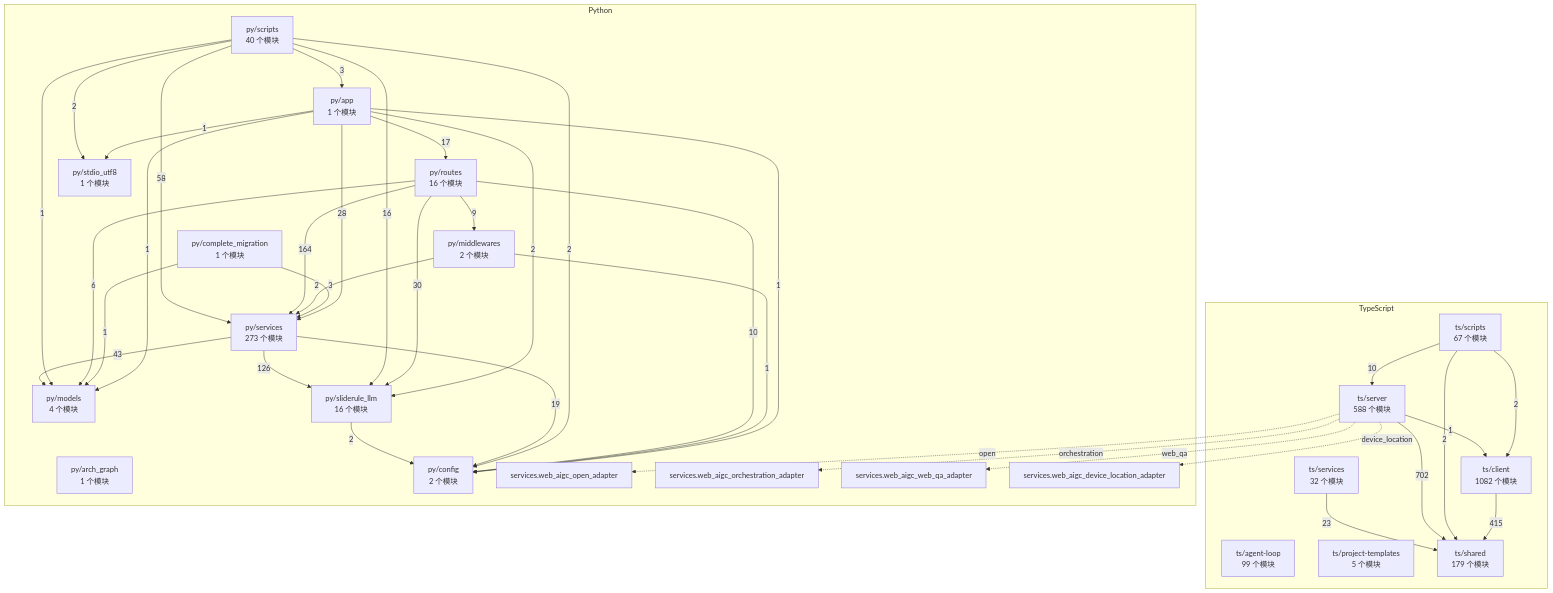
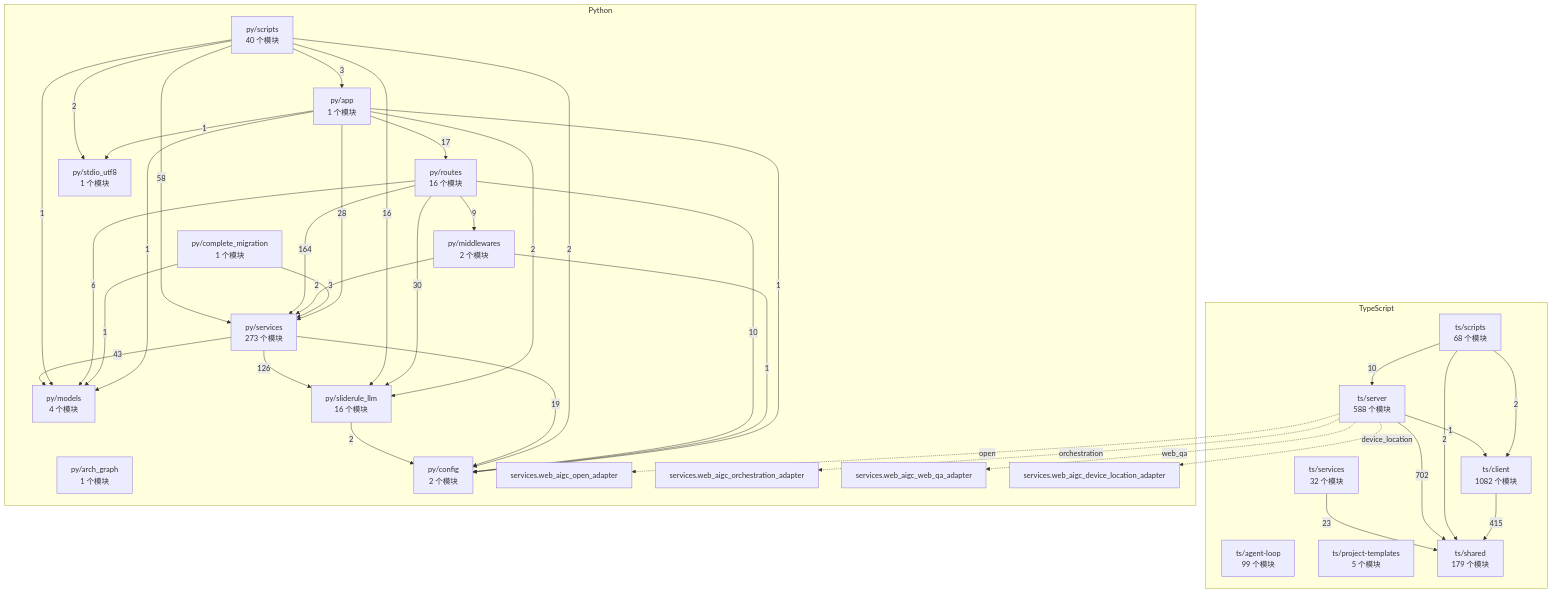
The diagram in docs/WhyBuddy 全仓架构图（自动生成）.md (2686521696/WhyBuddy), drawn with Mermaid before and after one commit. The commit also changed 2 other files, not shown here.

Commit message:
xdist 并行全量：工作进程各用各的临时库；CLAUDE.md 写上按改动选测试
第一次 pytest -n 4 跑全量 62 条红、串行全绿：主进程先导入 conftest 把临时
会话文件 / 应用库路径写进 os.environ，四个工作进程继承，setdefault 不动——
四个进程写同一个 sessions.json（invalid_json: Extra data），路由跟着 503。
工作进程里，凡是 conftest 在主进程给的临时路径（按前缀认），先拿掉再各建一份。
另补全仓架构图（上一笔只重生成了 TS 那份）。

Claude-Session: https://claude.ai/code/session_01QD8jrv1AptPUNK4yen91Gc

````diff
--- a/docs/WhyBuddy 全仓架构图（自动生成）.md
+++ b/docs/WhyBuddy 全仓架构图（自动生成）.md
@@ -14,65 +14,65 @@
 ```mermaid
 flowchart TB
   subgraph ts [TypeScript]
     ts_agent_loop["ts/agent-loop<br/>99 个模块"]
     ts_client["ts/client<br/>1082 个模块"]
     ts_project_templates["ts/project-templates<br/>5 个模块"]
-    ts_scripts["ts/scripts<br/>67 个模块"]
+    ts_scripts["ts/scripts<br/>68 个模块"]
     ts_server["ts/server<br/>588 个模块"]
     ts_services["ts/services<br/>32 个模块"]
     ts_shared["ts/shared<br/>179 个模块"]
   end
   subgraph py [Python]
     py_app["py/app<br/>1 个模块"]
     py_arch_graph["py/arch_graph<br/>1 个模块"]
     py_complete_migration["py/complete_migration<br/>1 个模块"]
     py_config["py/config<br/>2 个模块"]
     py_middlewares["py/middlewares<br/>2 个模块"]
     py_models["py/models<br/>4 个模块"]
     py_routes["py/routes<br/>16 个模块"]
     py_scripts["py/scripts<br/>40 个模块"]
     py_services["py/services<br/>273 个模块"]
     py_sliderule_llm["py/sliderule_llm<br/>16 个模块"]
     py_stdio_utf8["py/stdio_utf8<br/>1 个模块"]
     py_services_web_aigc_open_adapter["services.web_aigc_open_adapter"]
     py_services_web_aigc_orchestration_adapter["services.web_aigc_orchestration_adapter"]
     py_services_web_aigc_web_qa_adapter["services.web_aigc_web_qa_adapter"]
     py_services_web_aigc_device_location_adapter["services.web_aigc_device_location_adapter"]
   end
   ts_client -->|415| ts_shared
   ts_scripts -->|2| ts_client
   ts_scripts -->|10| ts_server
   ts_scripts -->|2| ts_shared
   ts_server -->|1| ts_client
   ts_server -->|702| ts_shared
   ts_services -->|23| ts_shared
   py_app -->|1| py_config
   py_app -->|1| py_models
   py_app -->|17| py_routes
   py_app -->|28| py_services
   py_app -->|2| py_sliderule_llm
   py_app -->|1| py_stdio_utf8
   py_complete_migration -->|1| py_models
   py_complete_migration -->|3| py_services
   py_middlewares -->|1| py_config
   py_middlewares -->|2| py_services
   py_routes -->|10| py_config
   py_routes -->|9| py_middlewares
   py_routes -->|6| py_models
   py_routes -->|164| py_services
   py_routes -->|30| py_sliderule_llm
   py_scripts -->|3| py_app
   py_scripts -->|2| py_config
   py_scripts -->|1| py_models
   py_scripts -->|58| py_services
   py_scripts -->|16| py_sliderule_llm
   py_scripts -->|2| py_stdio_utf8
   py_services -->|19| py_config
   py_services -->|43| py_models
   py_services -->|126| py_sliderule_llm
   py_sliderule_llm -->|2| py_config
   ts_server -.->|open| py_services_web_aigc_open_adapter
   ts_server -.->|orchestration| py_services_web_aigc_orchestration_adapter
   ts_server -.->|web_qa| py_services_web_aigc_web_qa_adapter
   ts_server -.->|device_location| py_services_web_aigc_device_location_adapter
 ```
````
